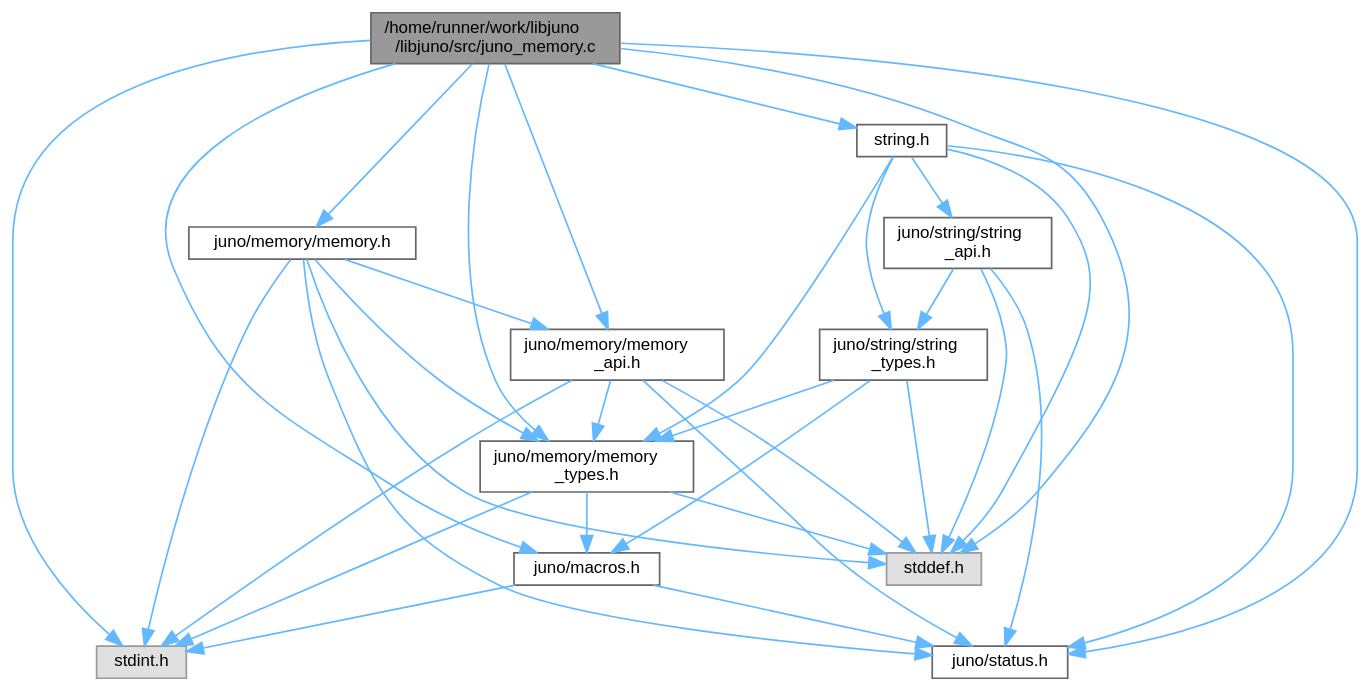
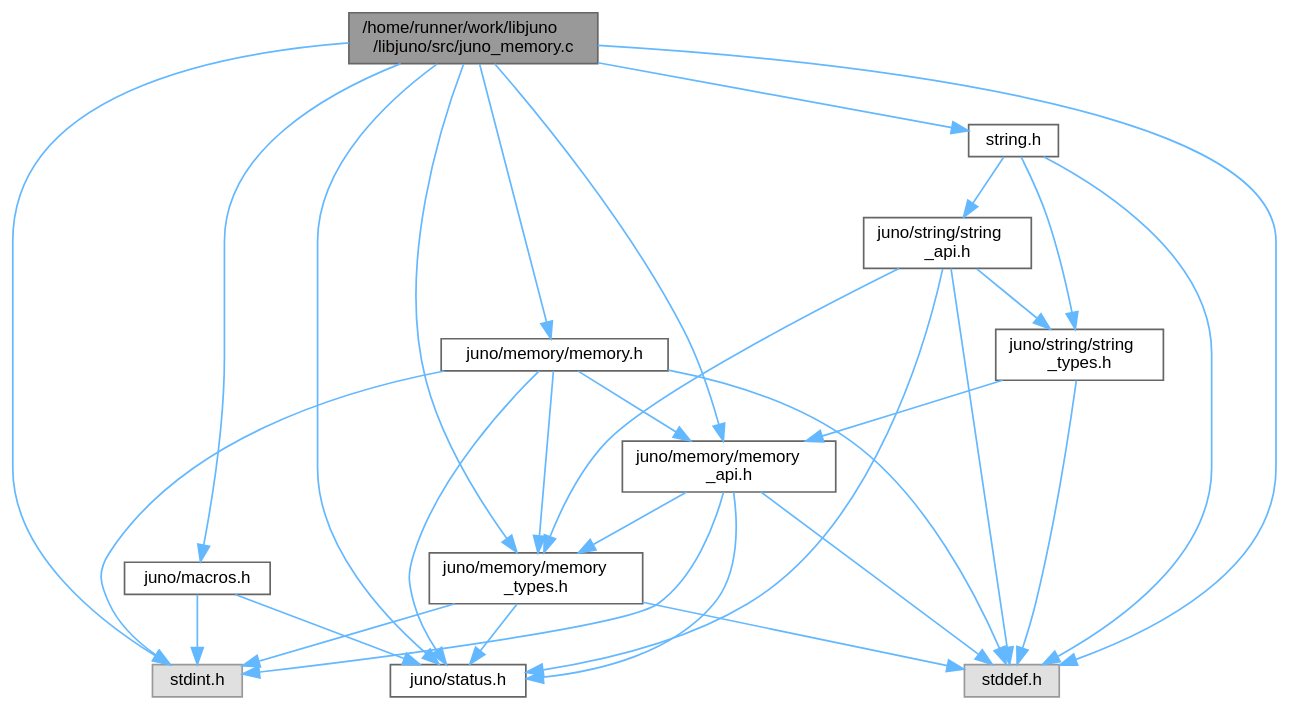
The diagram in juno__memory_8c__incl.dot (robinonsay/libjuno), drawn with Graphviz before and after one commit. The commit also changed 164 other files, not shown here.

```diff
--- a/juno__memory_8c__incl.dot
+++ b/juno__memory_8c__incl.dot
@@ -1,51 +1,49 @@
 digraph "/home/runner/work/libjuno/libjuno/src/juno_memory.c"
 {
  // LATEX_PDF_SIZE
   bgcolor="transparent";
   edge [fontname=Helvetica,fontsize=10,labelfontname=Helvetica,labelfontsize=10];
   node [fontname=Helvetica,fontsize=10,shape=box,height=0.2,width=0.4];
   Node1 [id="Node000001",label="/home/runner/work/libjuno\l/libjuno/src/juno_memory.c",height=0.2,width=0.4,color="gray40", fillcolor="grey60", style="filled", fontcolor="black",tooltip=" "];
   Node1 -> Node2 [id="edge1_Node000001_Node000002",color="steelblue1",style="solid",tooltip=" "];
   Node2 [id="Node000002",label="juno/macros.h",height=0.2,width=0.4,color="grey40", fillcolor="white", style="filled",URL="$macros_8h.html",tooltip=" "];
   Node2 -> Node3 [id="edge2_Node000002_Node000003",color="steelblue1",style="solid",tooltip=" "];
   Node3 [id="Node000003",label="juno/status.h",height=0.2,width=0.4,color="grey40", fillcolor="white", style="filled",URL="$status_8h.html",tooltip=" "];
   Node2 -> Node4 [id="edge3_Node000002_Node000004",color="steelblue1",style="solid",tooltip=" "];
   Node4 [id="Node000004",label="stdint.h",height=0.2,width=0.4,color="grey60", fillcolor="#E0E0E0", style="filled",tooltip=" "];
   Node1 -> Node5 [id="edge4_Node000001_Node000005",color="steelblue1",style="solid",tooltip=" "];
   Node5 [id="Node000005",label="juno/memory/memory.h",height=0.2,width=0.4,color="grey40", fillcolor="white", style="filled",URL="$memory_8h.html",tooltip=" "];
   Node5 -> Node6 [id="edge5_Node000005_Node000006",color="steelblue1",style="solid",tooltip=" "];
   Node6 [id="Node000006",label="juno/memory/memory\l_api.h",height=0.2,width=0.4,color="grey40", fillcolor="white", style="filled",URL="$memory__api_8h.html",tooltip=" "];
   Node6 -> Node3 [id="edge6_Node000006_Node000003",color="steelblue1",style="solid",tooltip=" "];
   Node6 -> Node7 [id="edge7_Node000006_Node000007",color="steelblue1",style="solid",tooltip=" "];
   Node7 [id="Node000007",label="stddef.h",height=0.2,width=0.4,color="grey60", fillcolor="#E0E0E0", style="filled",tooltip=" "];
   Node6 -> Node4 [id="edge8_Node000006_Node000004",color="steelblue1",style="solid",tooltip=" "];
   Node6 -> Node8 [id="edge9_Node000006_Node000008",color="steelblue1",style="solid",tooltip=" "];
   Node8 [id="Node000008",label="juno/memory/memory\l_types.h",height=0.2,width=0.4,color="grey40", fillcolor="white", style="filled",URL="$memory__types_8h.html",tooltip=" "];
-  Node8 -> Node2 [id="edge10_Node000008_Node000002",color="steelblue1",style="solid",tooltip=" "];
-  Node8 -> Node7 [id="edge11_Node000008_Node000007",color="steelblue1",style="solid",tooltip=" "];
-  Node8 -> Node4 [id="edge12_Node000008_Node000004",color="steelblue1",style="solid",tooltip=" "];
+  Node8 -> Node7 [id="edge10_Node000008_Node000007",color="steelblue1",style="solid",tooltip=" "];
+  Node8 -> Node4 [id="edge11_Node000008_Node000004",color="steelblue1",style="solid",tooltip=" "];
+  Node8 -> Node3 [id="edge12_Node000008_Node000003",color="steelblue1",style="solid",tooltip=" "];
   Node5 -> Node8 [id="edge13_Node000005_Node000008",color="steelblue1",style="solid",tooltip=" "];
   Node5 -> Node3 [id="edge14_Node000005_Node000003",color="steelblue1",style="solid",tooltip=" "];
   Node5 -> Node7 [id="edge15_Node000005_Node000007",color="steelblue1",style="solid",tooltip=" "];
   Node5 -> Node4 [id="edge16_Node000005_Node000004",color="steelblue1",style="solid",tooltip=" "];
   Node1 -> Node8 [id="edge17_Node000001_Node000008",color="steelblue1",style="solid",tooltip=" "];
   Node1 -> Node6 [id="edge18_Node000001_Node000006",color="steelblue1",style="solid",tooltip=" "];
   Node1 -> Node3 [id="edge19_Node000001_Node000003",color="steelblue1",style="solid",tooltip=" "];
   Node1 -> Node7 [id="edge20_Node000001_Node000007",color="steelblue1",style="solid",tooltip=" "];
   Node1 -> Node4 [id="edge21_Node000001_Node000004",color="steelblue1",style="solid",tooltip=" "];
   Node1 -> Node9 [id="edge22_Node000001_Node000009",color="steelblue1",style="solid",tooltip=" "];
   Node9 [id="Node000009",label="string.h",height=0.2,width=0.4,color="grey40", fillcolor="white", style="filled",URL="$string_8h.html",tooltip=" "];
-  Node9 -> Node8 [id="edge23_Node000009_Node000008",color="steelblue1",style="solid",tooltip=" "];
-  Node9 -> Node3 [id="edge24_Node000009_Node000003",color="steelblue1",style="solid",tooltip=" "];
-  Node9 -> Node10 [id="edge25_Node000009_Node000010",color="steelblue1",style="solid",tooltip=" "];
+  Node9 -> Node10 [id="edge23_Node000009_Node000010",color="steelblue1",style="solid",tooltip=" "];
   Node10 [id="Node000010",label="juno/string/string\l_api.h",height=0.2,width=0.4,color="grey40", fillcolor="white", style="filled",URL="$string__api_8h.html",tooltip=" "];
-  Node10 -> Node3 [id="edge26_Node000010_Node000003",color="steelblue1",style="solid",tooltip=" "];
-  Node10 -> Node7 [id="edge27_Node000010_Node000007",color="steelblue1",style="solid",tooltip=" "];
-  Node10 -> Node11 [id="edge28_Node000010_Node000011",color="steelblue1",style="solid",tooltip=" "];
+  Node10 -> Node8 [id="edge24_Node000010_Node000008",color="steelblue1",style="solid",tooltip=" "];
+  Node10 -> Node3 [id="edge25_Node000010_Node000003",color="steelblue1",style="solid",tooltip=" "];
+  Node10 -> Node11 [id="edge26_Node000010_Node000011",color="steelblue1",style="solid",tooltip=" "];
   Node11 [id="Node000011",label="juno/string/string\l_types.h",height=0.2,width=0.4,color="grey40", fillcolor="white", style="filled",URL="$string__types_8h.html",tooltip=" "];
-  Node11 -> Node2 [id="edge29_Node000011_Node000002",color="steelblue1",style="solid",tooltip=" "];
-  Node11 -> Node8 [id="edge30_Node000011_Node000008",color="steelblue1",style="solid",tooltip=" "];
-  Node11 -> Node7 [id="edge31_Node000011_Node000007",color="steelblue1",style="solid",tooltip=" "];
-  Node9 -> Node7 [id="edge32_Node000009_Node000007",color="steelblue1",style="solid",tooltip=" "];
-  Node9 -> Node11 [id="edge33_Node000009_Node000011",color="steelblue1",style="solid",tooltip=" "];
+  Node11 -> Node6 [id="edge27_Node000011_Node000006",color="steelblue1",style="solid",tooltip=" "];
+  Node11 -> Node7 [id="edge28_Node000011_Node000007",color="steelblue1",style="solid",tooltip=" "];
+  Node10 -> Node7 [id="edge29_Node000010_Node000007",color="steelblue1",style="solid",tooltip=" "];
+  Node9 -> Node11 [id="edge30_Node000009_Node000011",color="steelblue1",style="solid",tooltip=" "];
+  Node9 -> Node7 [id="edge31_Node000009_Node000007",color="steelblue1",style="solid",tooltip=" "];
 }
```
